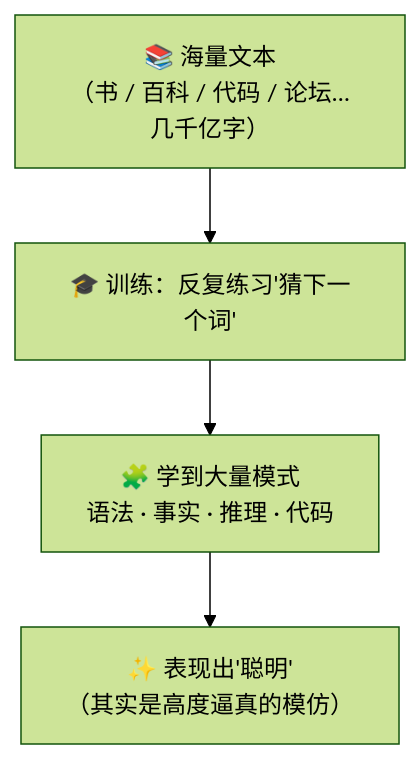
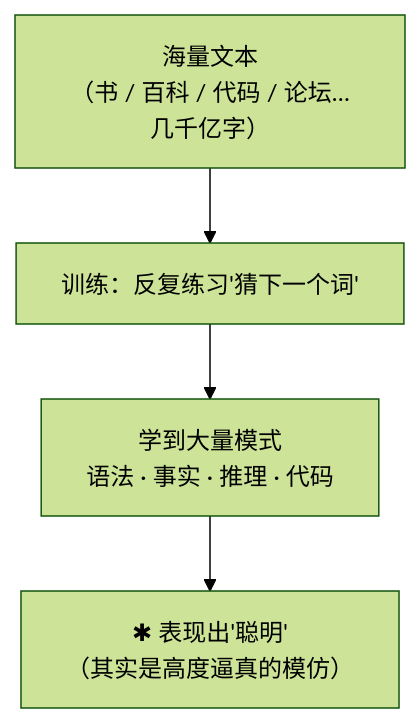
The second of 7 diagrams in docs/02_CONCEPTS_概念入门/CONCEPT/[CONCEPT-06] 什么是LLM-大语言模型.md (luckykhy/KhyAiHub), drawn with Mermaid (forest theme) before and after one commit. The commit also changed other lines of this file and 19 other files, not shown here.

````diff
--- a/docs/02_CONCEPTS_概念入门/CONCEPT/[CONCEPT-06] 什么是LLM-大语言模型.md
+++ b/docs/02_CONCEPTS_概念入门/CONCEPT/[CONCEPT-06] 什么是LLM-大语言模型.md
@@ -65,6 +65,6 @@
 ```mermaid
 flowchart TB
-  DATA["📚 海量文本<br/>（书 / 百科 / 代码 / 论坛…几千亿字）"] --> LEARN["🎓 训练：反复练习'猜下一个词'"]
-  LEARN --> PAT["🧩 学到大量模式<br/>语法 · 事实 · 推理 · 代码"]
-  PAT --> SMART["✨ 表现出'聪明'<br/>（其实是高度逼真的模仿）"]
+  DATA["海量文本<br/>（书 / 百科 / 代码 / 论坛…几千亿字）"] --> LEARN["训练：反复练习'猜下一个词'"]
+  LEARN --> PAT["学到大量模式<br/>语法 · 事实 · 推理 · 代码"]
+  PAT --> SMART["✱ 表现出'聪明'<br/>（其实是高度逼真的模仿）"]
 ```
````
